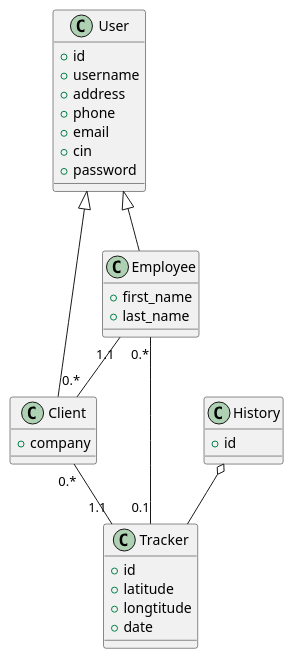
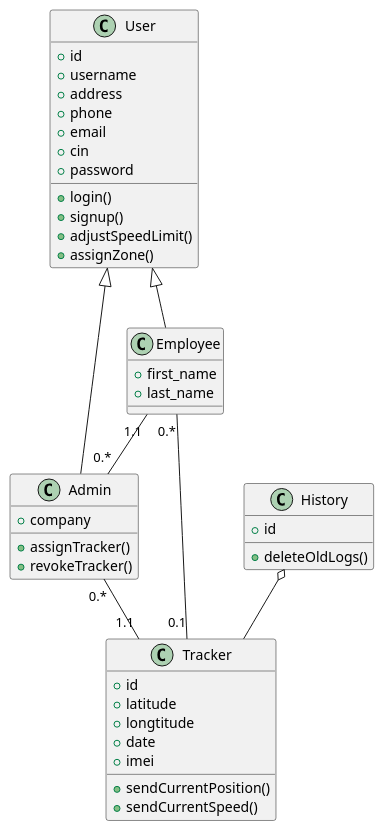
The diagram in docs/dia/class.plantuml (MahmoudESSE/geolocation-pfa), drawn with PlantUML before and after one commit. The commit also changed 1 other file, not shown here.

Commit message:
docs: adjust dia v2

```diff
--- a/docs/dia/class.plantuml
+++ b/docs/dia/class.plantuml
@@ -1,39 +1,49 @@
 @startuml
 class User {
         +id
         +username
         +address
         +phone
         +email
         +cin
         +password
+        +login()
+        +signup()
+        +adjustSpeedLimit()
+        +assignZone()
 }
 
-class Client {
+class Admin {
         +company
+        +assignTracker()
+        +revokeTracker()
 }
 
 class Employee {
         +first_name
         +last_name
 }
 
 class Tracker {
         +id
         +latitude
         +longtitude
         +date
+        +imei
+        +sendCurrentPosition()
+        +sendCurrentSpeed()
 }
 
 class History {
         +id
+        +deleteOldLogs()
 }
 
-User ^-- Client
+User ^-- Admin
 User ^-- Employee
 History o-- Tracker
 
-Employee "1.1" -- "0.*" Client
+Employee "1.1" -- "0.*" Admin
 Employee "0.*" -- "0.1" Tracker
-Client "0.*" -- "1.1" Tracker
+Admin "0.*" -- "1.1" Tracker
 @enduml
```
